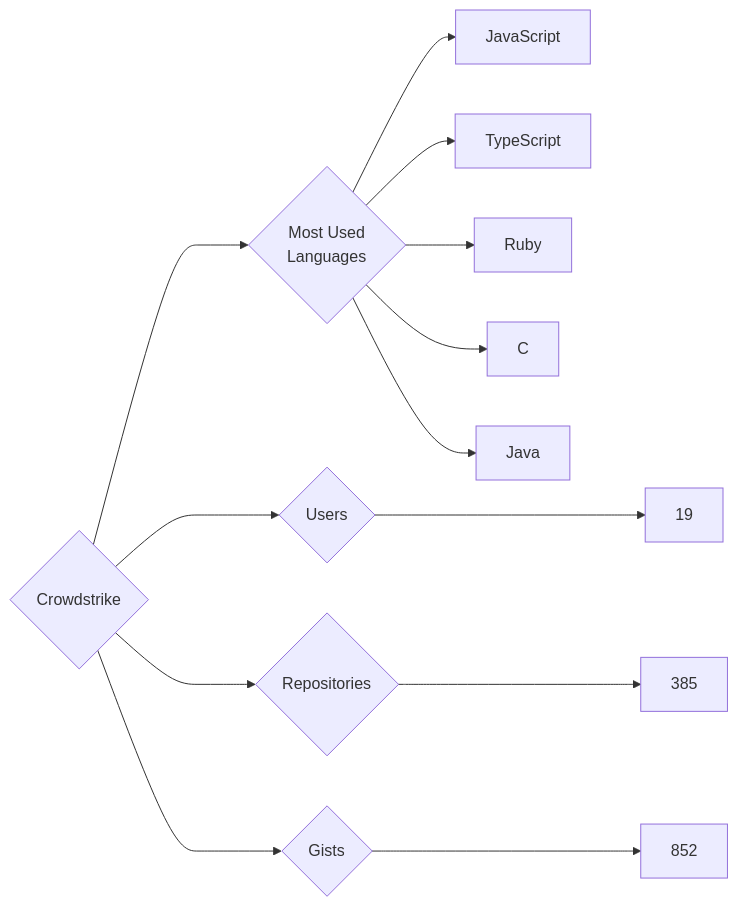
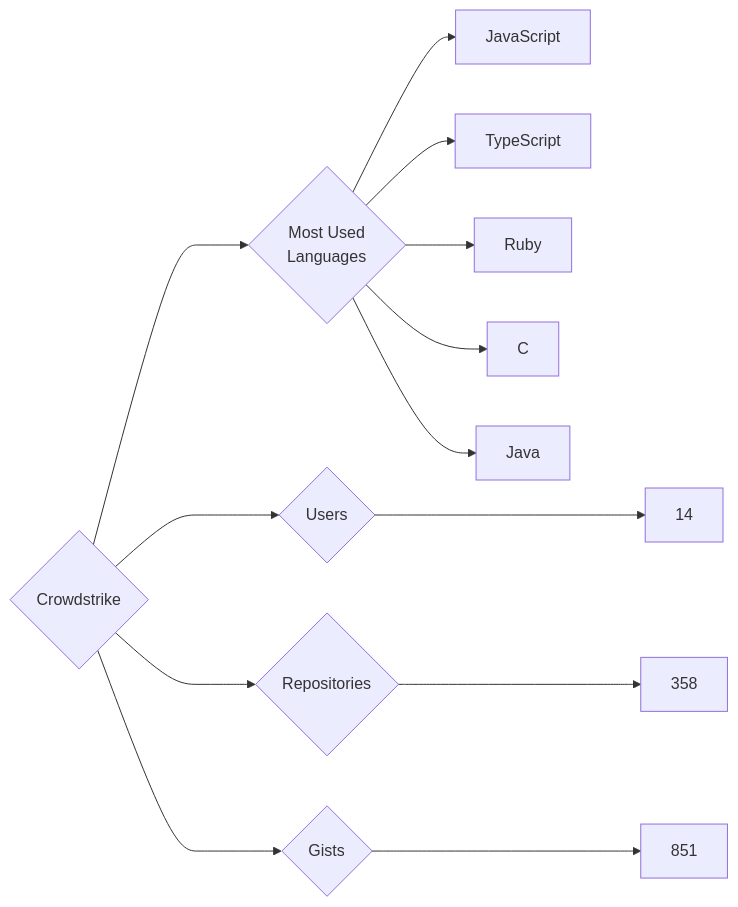
The diagram in targets/Crowdstrike/README.md (trickest/insiders), drawn with Mermaid before and after one commit. The commit also changed 594 other files, not shown here.

````diff
--- a/targets/Crowdstrike/README.md
+++ b/targets/Crowdstrike/README.md
@@ -3,13 +3,13 @@
 ```mermaid
 graph LR
 COMPANY_NAME{Crowdstrike}
-COMPANY_NAME ---> U{Users} ---> UN[19]
-COMPANY_NAME ---> R{Repositories} ---> RN[385]
-COMPANY_NAME ---> G{Gists} ---> GN[852]
+COMPANY_NAME ---> U{Users} ---> UN[14]
+COMPANY_NAME ---> R{Repositories} ---> RN[358]
+COMPANY_NAME ---> G{Gists} ---> GN[851]
 COMPANY_NAME ---> ML{Most Used<br>Languages}
 ML --> JavaScript[JavaScript]
 ML --> TypeScript[TypeScript]
 ML --> Ruby[Ruby]
 ML --> C[C]
 ML --> Java[Java]
 ```
````
